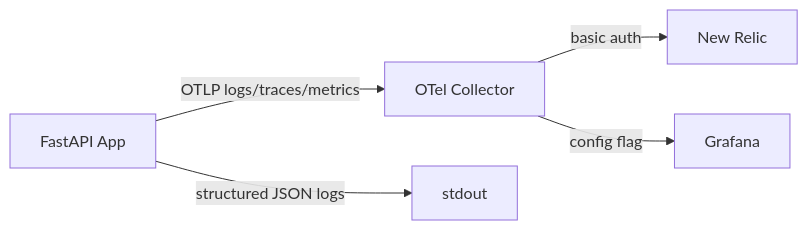
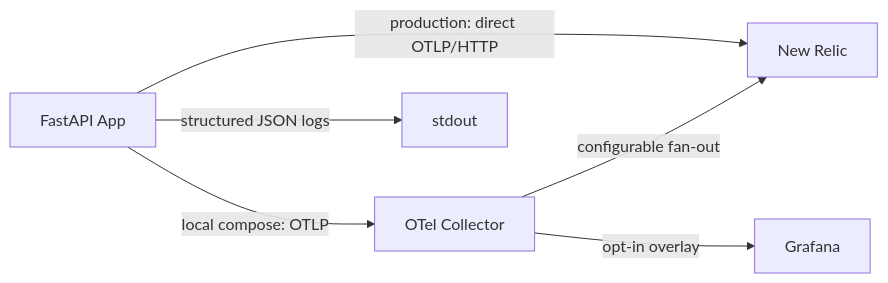
Before and after one commit to BORUTOUZUMAKI07/ai-civic-issue-monitoring: the seventh of 8 diagrams in README.md, drawn with Mermaid. The commit also changed other lines of this file and 12 other files, not shown here.

````diff
--- a/README.md
+++ b/README.md
@@ -225,7 +226,8 @@
 ```mermaid
 flowchart LR
-    App[FastAPI App] -->|OTLP logs/traces/metrics| Collector[OTel Collector]
-    Collector -->|basic auth| NR[New Relic]
-    Collector -->|config flag| Grafana[Grafana]
+    App[FastAPI App] -->|production: direct OTLP/HTTP| NR[New Relic]
+    App -->|local compose: OTLP| Collector[OTel Collector]
+    Collector -->|configurable fan-out| NR
+    Collector -->|opt-in overlay| Grafana[Grafana]
     App -->|structured JSON logs| stdout
 ```
````
